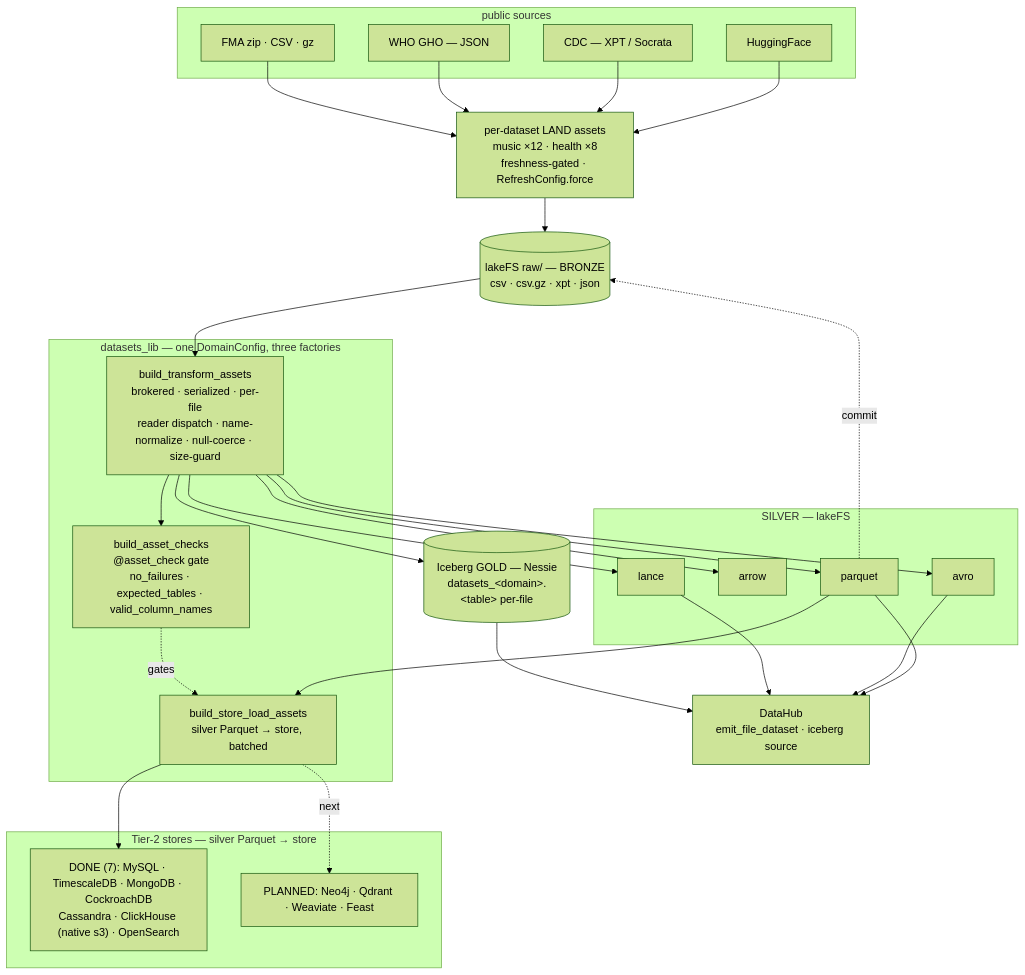
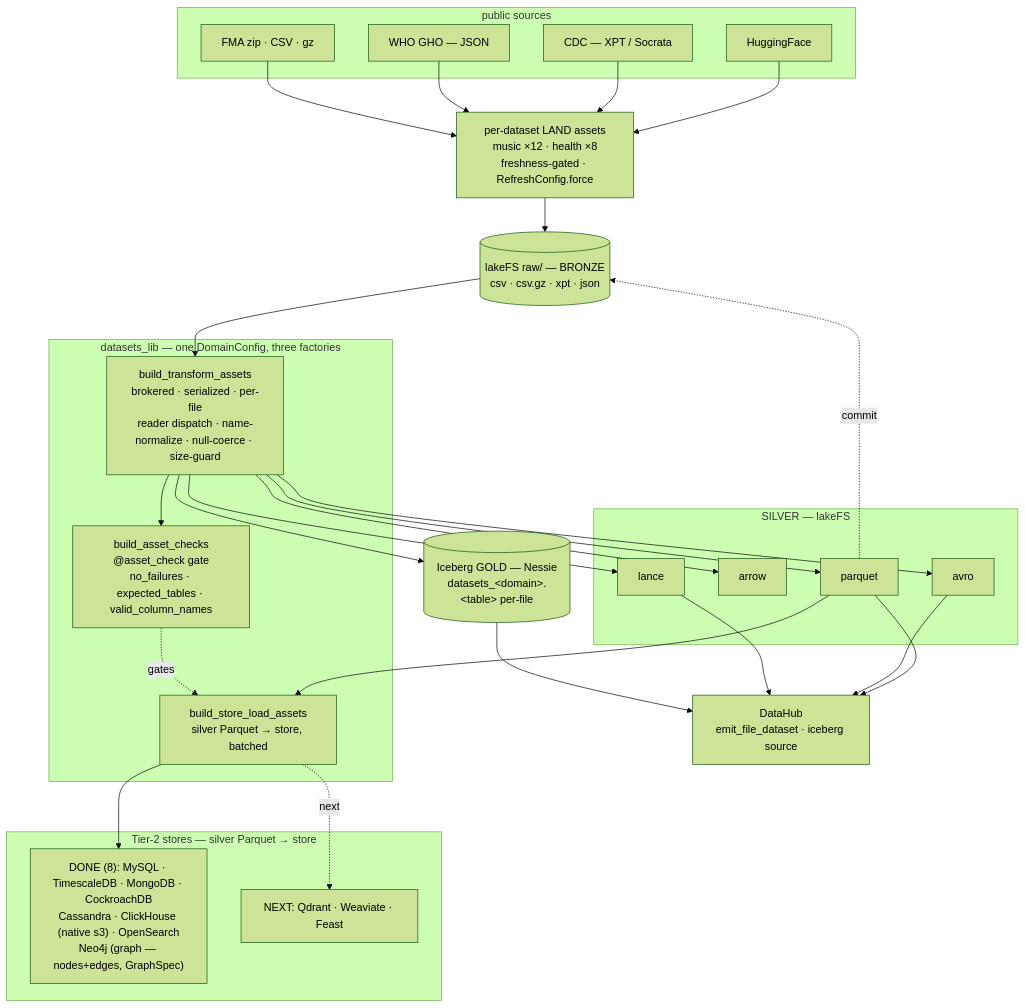
Before and after one commit to edtbl76/weyland-lab: the diagram in docs/diagrams/flow-datasets-lakehouse.md, drawn with Mermaid (forest theme). The commit also changed 6 other files, not shown here.

````diff
--- a/docs/diagrams/flow-datasets-lakehouse.md
+++ b/docs/diagrams/flow-datasets-lakehouse.md
@@ -8,55 +8,55 @@
 ```mermaid
 flowchart TB
   subgraph SRC["public sources"]
     HF["HuggingFace"]
     CDC["CDC — XPT / Socrata"]
     WHO["WHO GHO — JSON"]
     FMA["FMA zip · CSV · gz"]
   end
 
   LAND["per-dataset LAND assets<br/>music ×12 · health ×8<br/>freshness-gated · RefreshConfig.force"]
   RAW[("lakeFS raw/ — BRONZE<br/>csv · csv.gz · xpt · json")]
 
   subgraph LIB["datasets_lib — one DomainConfig, three factories"]
     T["build_transform_assets<br/>brokered · serialized · per-file<br/>reader dispatch · name-normalize · null-coerce · size-guard"]
     C["build_asset_checks<br/>@asset_check gate<br/>no_failures · expected_tables · valid_column_names"]
     L["build_store_load_assets<br/>silver Parquet → store, batched"]
   end
 
   subgraph SILVER["SILVER — lakeFS"]
     PQ["parquet"]
     AR["arrow"]
     AV["avro"]
     LN["lance"]
   end
   GOLD[("Iceberg GOLD — Nessie<br/>datasets_&lt;domain&gt;.&lt;table&gt; per-file")]
 
   subgraph STORES["Tier-2 stores — silver Parquet → store"]
-    DONE["DONE (7): MySQL · TimescaleDB · MongoDB · CockroachDB<br/>Cassandra · ClickHouse (native s3) · OpenSearch"]
-    PLAN["PLANNED: Neo4j · Qdrant · Weaviate · Feast"]
+    DONE["DONE (8): MySQL · TimescaleDB · MongoDB · CockroachDB<br/>Cassandra · ClickHouse (native s3) · OpenSearch<br/>Neo4j (graph — nodes+edges, GraphSpec)"]
+    PLAN["NEXT: Qdrant · Weaviate · Feast"]
   end
 
   DH["DataHub<br/>emit_file_dataset · iceberg source"]
 
   HF --> LAND
   CDC --> LAND
   WHO --> LAND
   FMA --> LAND
   LAND --> RAW
   RAW --> T
   T --> PQ
   T --> AR
   T --> AV
   T --> LN
   T --> GOLD
   PQ -. commit .-> RAW
   T --> C
   PQ --> L
   C -. gates .-> L
   L --> DONE
   L -. next .-> PLAN
   PQ --> DH
   AV --> DH
   LN --> DH
   GOLD --> DH
 ```
````
